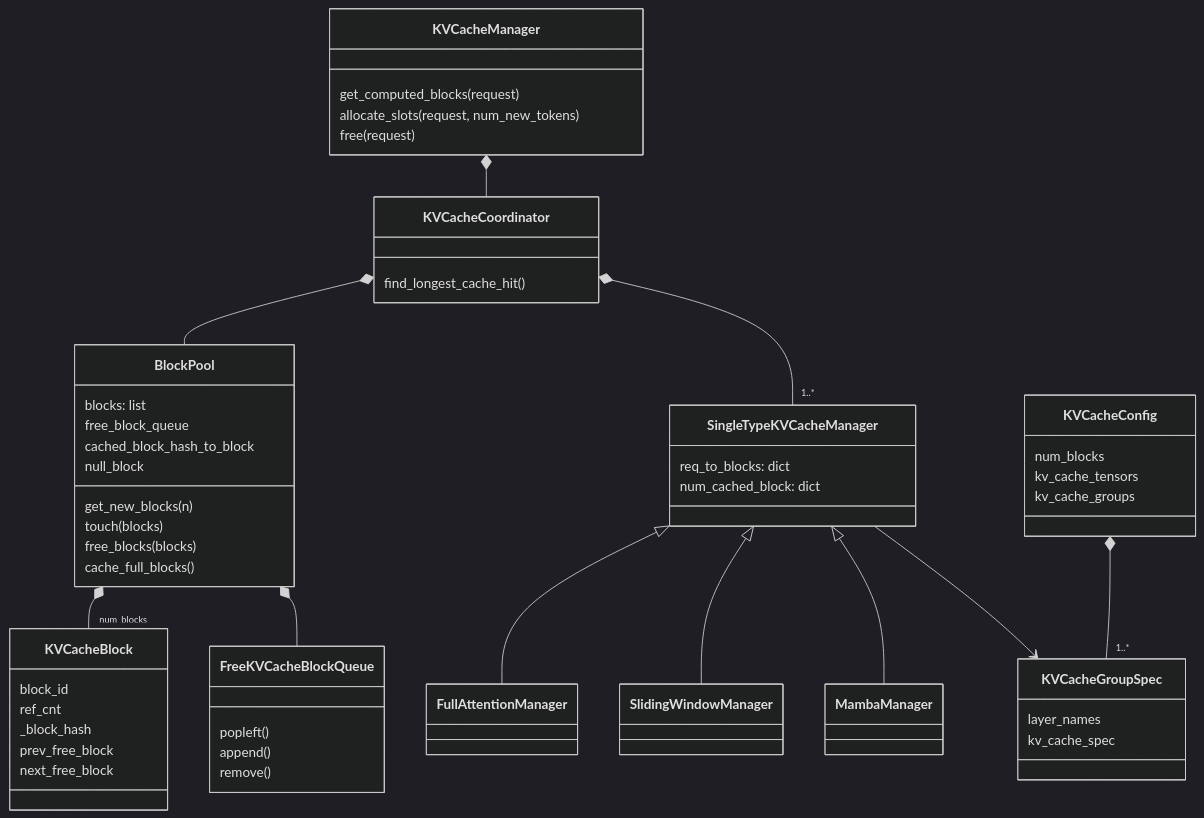
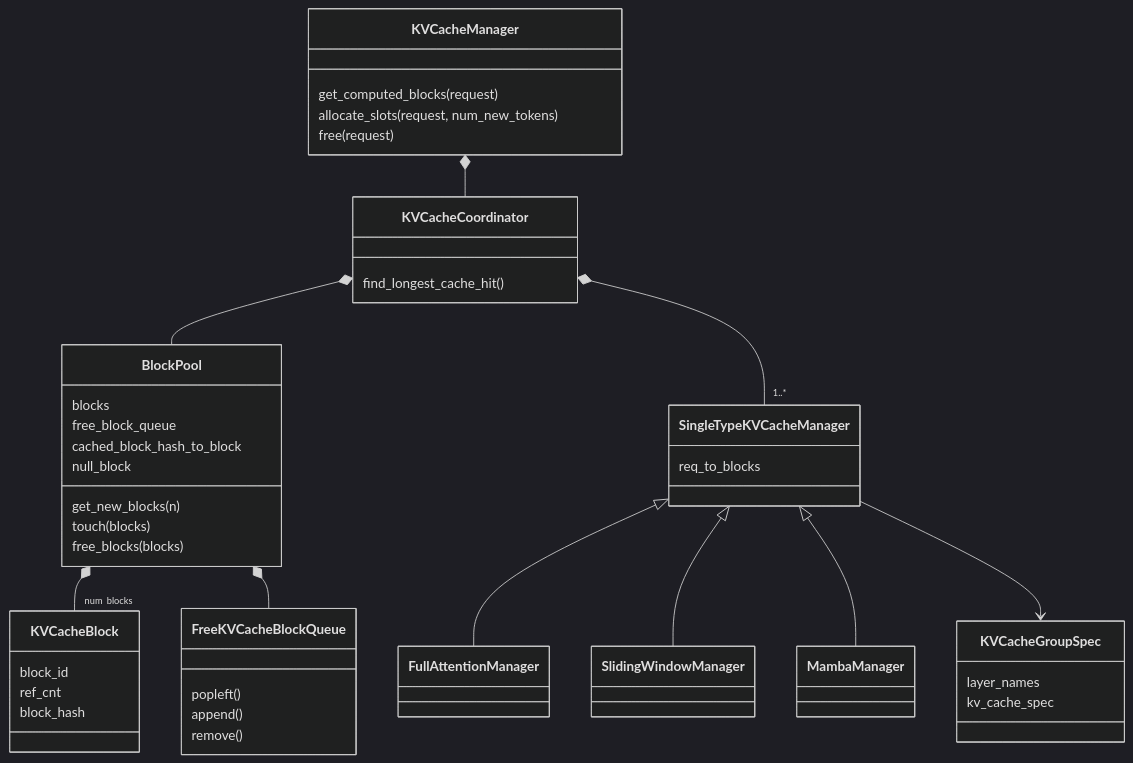
One commit to wxquare/wxquare.github.io changed the fifth of 18 diagrams in books/ai-book/src/part2/03-inference.md. Above: the diagram before and after it, drawn with Mermaid (dark theme). The commit also changed other lines of this file and 4 other files, not shown here.

````diff
--- a/books/ai-book/src/part2/03-inference.md
+++ b/books/ai-book/src/part2/03-inference.md
@@ -763,59 +263,49 @@
 ```mermaid
 classDiagram
     class KVCacheManager {
         get_computed_blocks(request)
         allocate_slots(request, num_new_tokens)
         free(request)
     }
     class KVCacheCoordinator {
         find_longest_cache_hit()
     }
     class SingleTypeKVCacheManager {
-        req_to_blocks: dict
-        num_cached_block: dict
+        req_to_blocks
     }
     class FullAttentionManager
     class SlidingWindowManager
     class MambaManager
     class BlockPool {
-        blocks: list
+        blocks
         free_block_queue
         cached_block_hash_to_block
         null_block
         get_new_blocks(n)
         touch(blocks)
         free_blocks(blocks)
-        cache_full_blocks()
     }
     class KVCacheBlock {
         block_id
         ref_cnt
-        _block_hash
-        prev_free_block
-        next_free_block
+        block_hash
     }
     class FreeKVCacheBlockQueue {
         popleft()
         append()
         remove()
-    }
-    class KVCacheConfig {
-        num_blocks
-        kv_cache_tensors
-        kv_cache_groups
     }
     class KVCacheGroupSpec {
         layer_names
         kv_cache_spec
     }
     KVCacheManager *-- KVCacheCoordinator
     KVCacheCoordinator *-- BlockPool
     KVCacheCoordinator *-- "1..*" SingleTypeKVCacheManager
     SingleTypeKVCacheManager <|-- FullAttentionManager
     SingleTypeKVCacheManager <|-- SlidingWindowManager
     SingleTypeKVCacheManager <|-- MambaManager
     BlockPool *-- "num_blocks" KVCacheBlock
     BlockPool *-- FreeKVCacheBlockQueue
-    KVCacheConfig *-- "1..*" KVCacheGroupSpec
     SingleTypeKVCacheManager --> KVCacheGroupSpec
 ```
````
